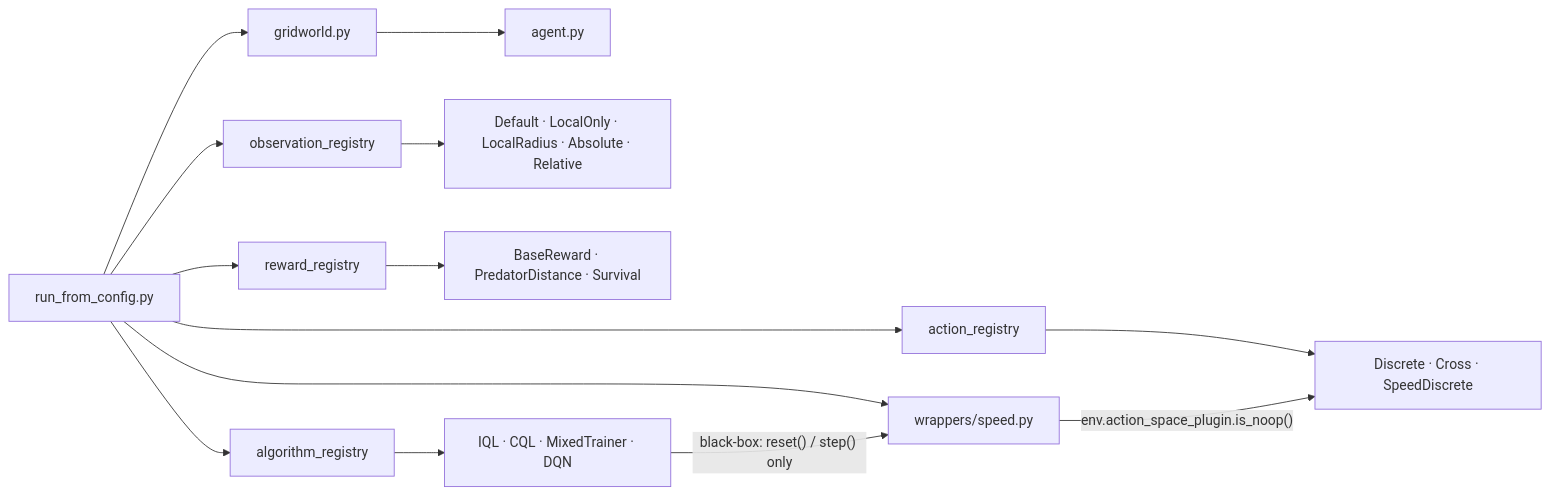
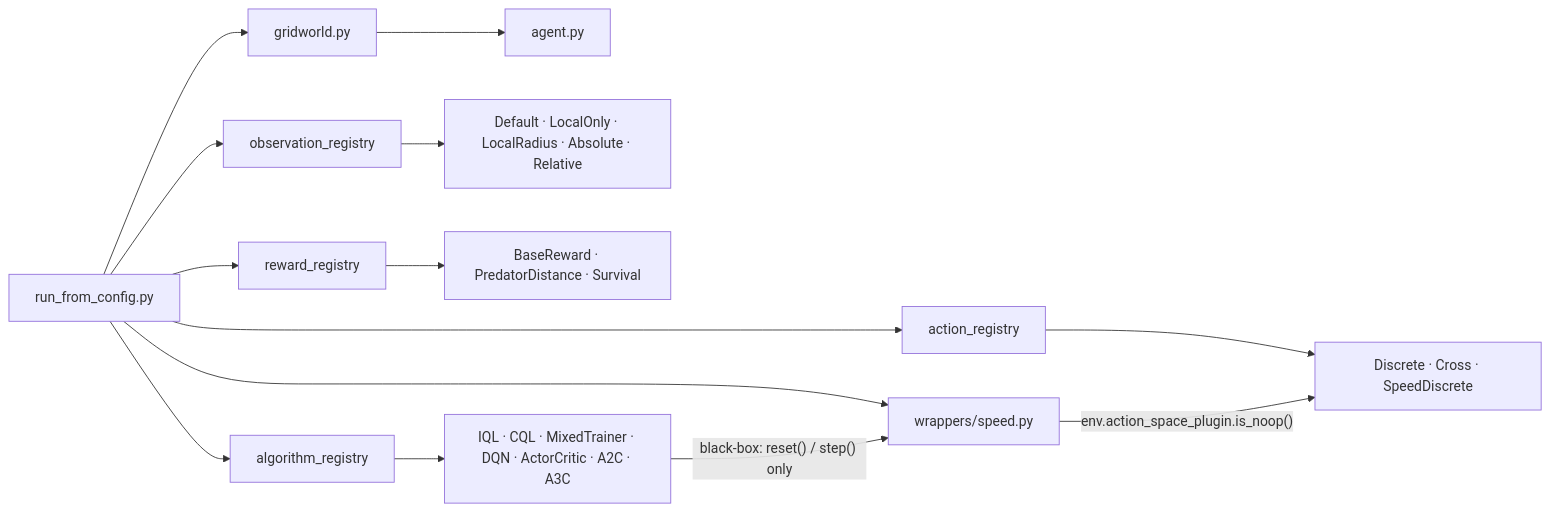
Before and after one commit to ProValarous/Predator-Prey-Archetype-Gridworld-Environment: the fourth of 4 diagrams in docs/overview/architecture.md, drawn with Mermaid. The commit also changed other lines of this file and 40 other files, not shown here.

````diff
--- a/docs/overview/architecture.md
+++ b/docs/overview/architecture.md
@@ -160,16 +163,16 @@
 ```mermaid
 graph LR
     RFC["run_from_config.py"] --> GW["gridworld.py"]
     RFC --> OR["observation_registry"]
     RFC --> RR["reward_registry"]
     RFC --> AR["action_registry"]
     RFC --> SW["wrappers/speed.py"]
     RFC --> ALR["algorithm_registry"]
     GW --> AG["agent.py"]
     OR --> OBS["Default · LocalOnly · LocalRadius · Absolute · Relative"]
     RR --> REW["BaseReward · PredatorDistance · Survival"]
     AR --> ACT["Discrete · Cross · SpeedDiscrete"]
     SW -->|"env.action_space_plugin.is_noop()"| ACT
-    ALR --> ALG["IQL · CQL · MixedTrainer · DQN"]
+    ALR --> ALG["IQL · CQL · MixedTrainer · DQN · ActorCritic · A2C · A3C"]
     ALG -->|"black-box: reset() / step() only"| SW
 ```
````
